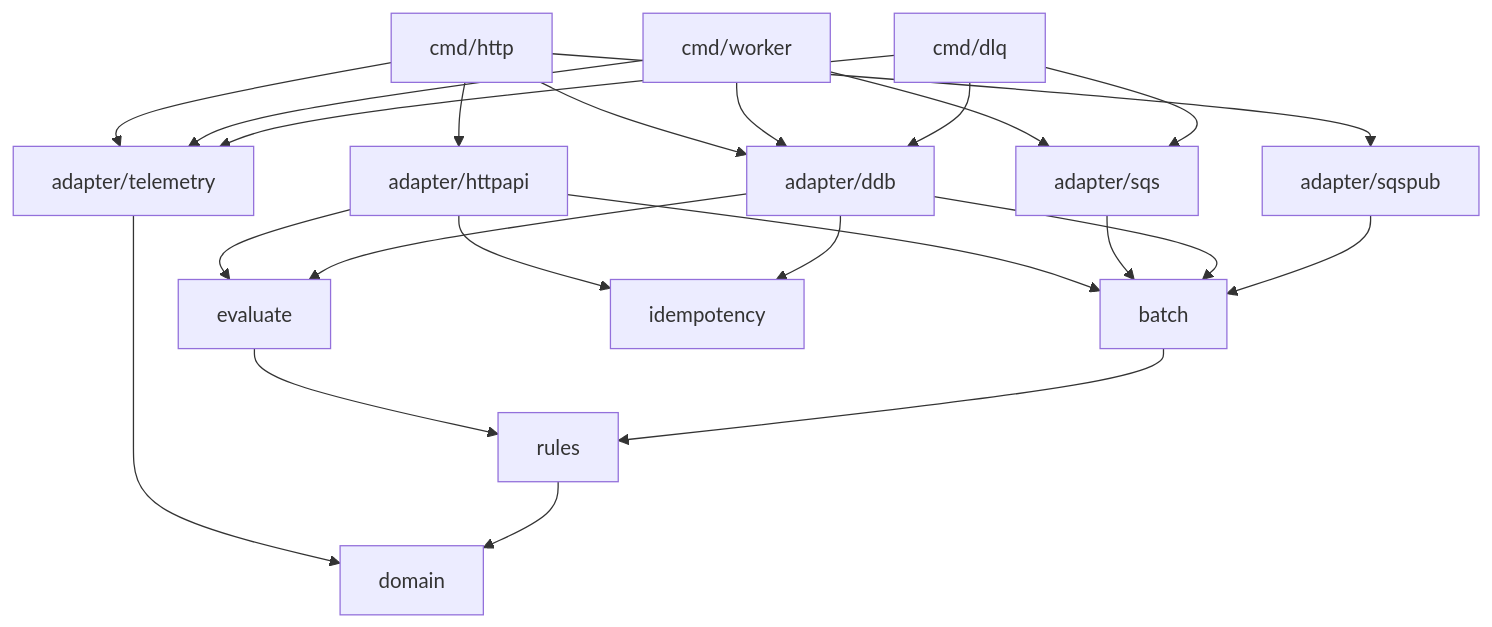
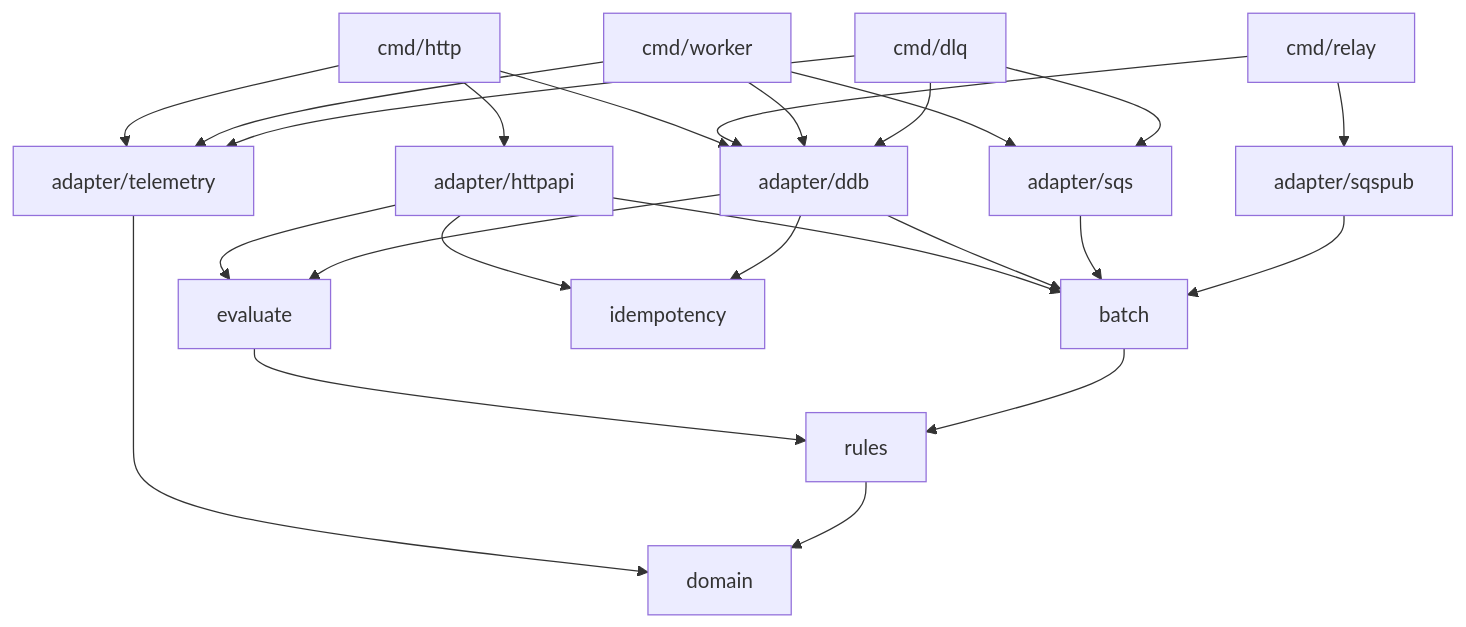
Before and after one commit to vitoladev/credit-card-engine: the third of 4 diagrams in docs/architecture.md, drawn with Mermaid. The commit also changed other lines of this file and 4 other files, not shown here.

First line of the commit message:
docs: bring the architecture, README, and standards in line with main

````diff
--- a/docs/architecture.md
+++ b/docs/architecture.md
@@ -335,25 +345,26 @@
 ```mermaid
 flowchart TB
   http["cmd/http"] --> httpapi["adapter/httpapi"]
   http --> ddbA["adapter/ddb"]
-  http --> pub["adapter/sqspub"]
   http --> tel["adapter/telemetry"]
+  relayCmd["cmd/relay"] --> ddbA
+  relayCmd --> pub["adapter/sqspub"]
   worker["cmd/worker"] --> sqs["adapter/sqs"]
   worker --> ddbA
   worker --> tel
   dlqCmd["cmd/dlq"] --> sqs
   dlqCmd --> ddbA
   dlqCmd --> tel
-  httpapi --> evaluate
-  httpapi --> batch
+  httpapi --> evaluate["evaluate"]
+  httpapi --> batch["batch"]
   httpapi --> idem["idempotency"]
+  ddbA --> evaluate
+  ddbA --> batch
   ddbA --> idem
   sqs --> batch
-  ddbA --> batch
-  ddbA --> evaluate
   pub --> batch
   tel --> domain
-  evaluate["evaluate"] --> rules["rules"]
-  batch["batch"] --> rules
+  evaluate --> rules["rules"]
+  batch --> rules
   rules --> domain["domain"]
 ```
````
